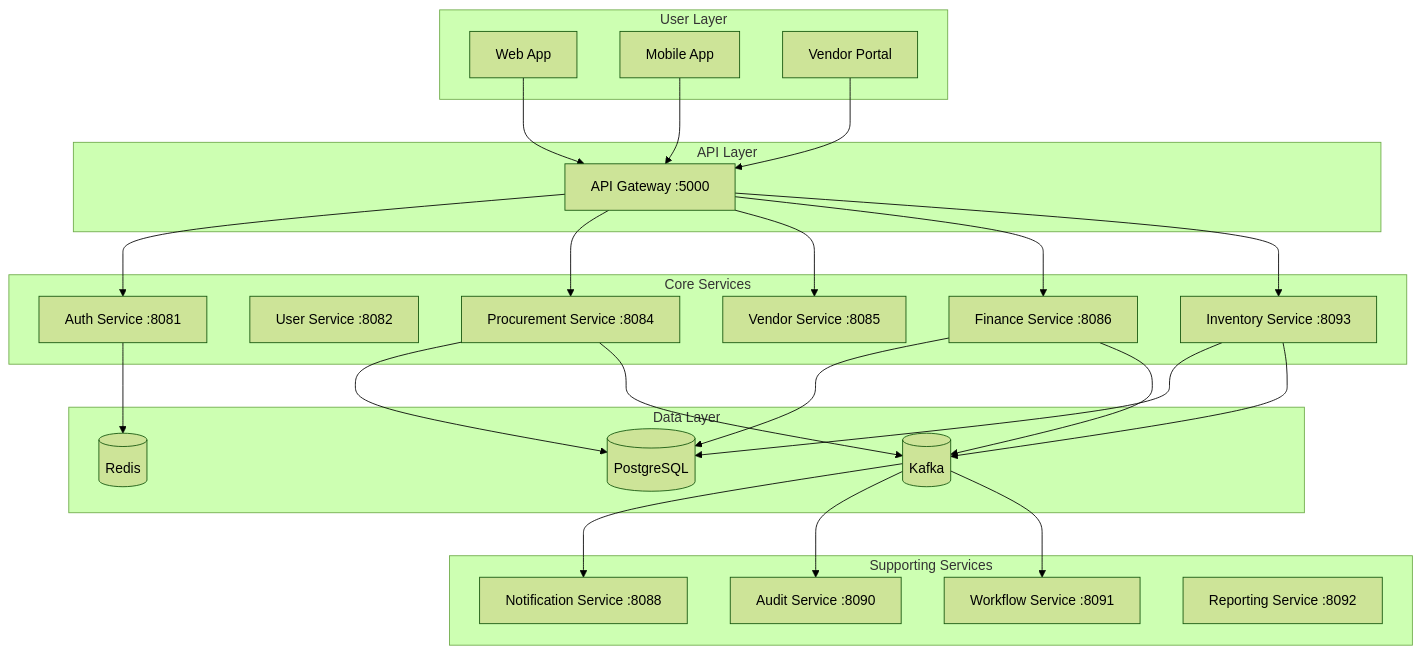
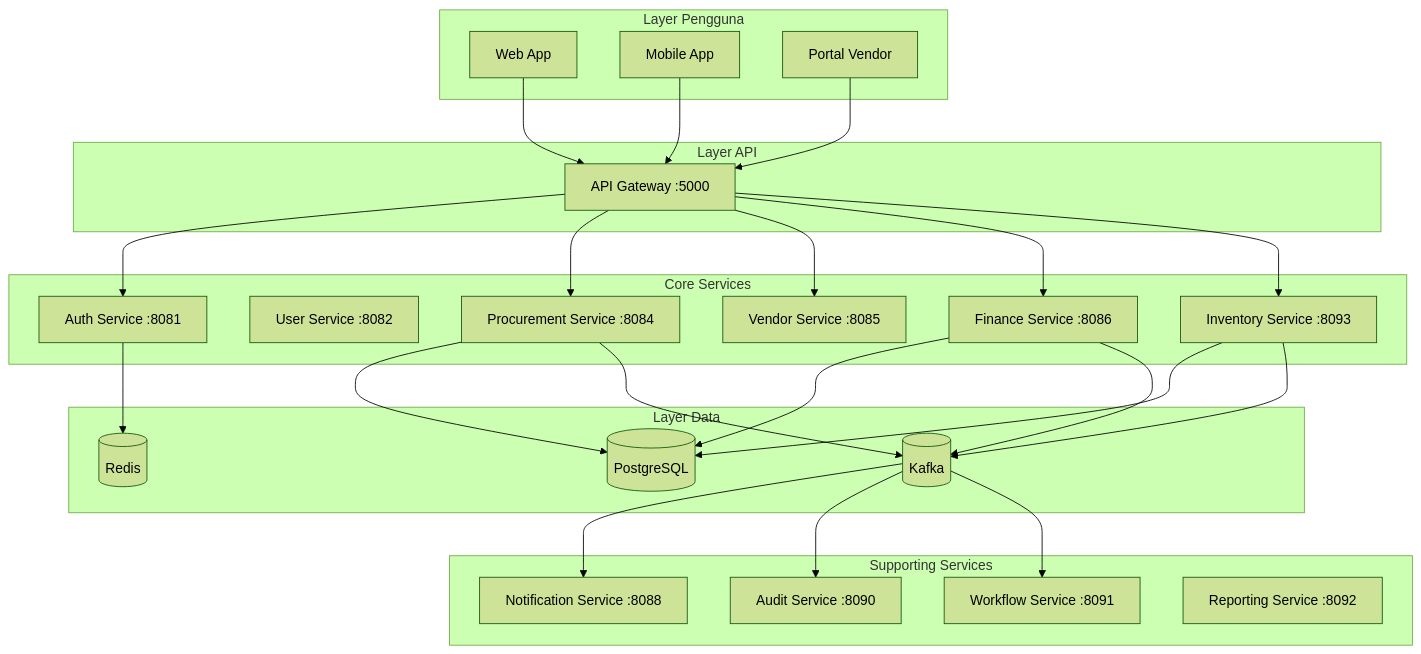
The tenth of 13 diagrams in system_design/BUSINESS_PROCESS_MODEL.md (Vencore-erp/documentation), drawn with Mermaid (forest theme) before and after one commit. The commit also changed other lines of this file and 16 other files, not shown here.

````diff
--- a/system_design/BUSINESS_PROCESS_MODEL.md
+++ b/system_design/BUSINESS_PROCESS_MODEL.md
@@ -350,55 +350,55 @@
 ```mermaid
 graph TB
-    subgraph "User Layer"
+    subgraph "Layer Pengguna"
         Web[Web App]
         Mobile[Mobile App]
-        VendorPortal[Vendor Portal]
+        VendorPortal[Portal Vendor]
     end
 
-    subgraph "API Layer"
+    subgraph "Layer API"
         Gateway[API Gateway :5000]
     end
 
     subgraph "Core Services"
         Auth[Auth Service :8081]
         User[User Service :8082]
         Proc[Procurement Service :8084]
         Vendor[Vendor Service :8085]
         Inv[Inventory Service :8093]
         Fin[Finance Service :8086]
     end
 
     subgraph "Supporting Services"
         Notif[Notification Service :8088]
         Audit[Audit Service :8090]
         Workflow[Workflow Service :8091]
         Report[Reporting Service :8092]
     end
 
-    subgraph "Data Layer"
+    subgraph "Layer Data"
         Kafka[(Kafka)]
         Redis[(Redis)]
         PG[(PostgreSQL)]
     end
 
     Web --> Gateway
     Mobile --> Gateway
     VendorPortal --> Gateway
     Gateway --> Auth
     Gateway --> Proc
     Gateway --> Vendor
     Gateway --> Fin
     Gateway --> Inv
 
     Auth --> Redis
     Proc --> PG
     Proc --> Kafka
     Fin --> PG
     Fin --> Kafka
     Inv --> PG
     Inv --> Kafka
 
     Kafka --> Notif
     Kafka --> Audit
     Kafka --> Workflow
 ```
````
